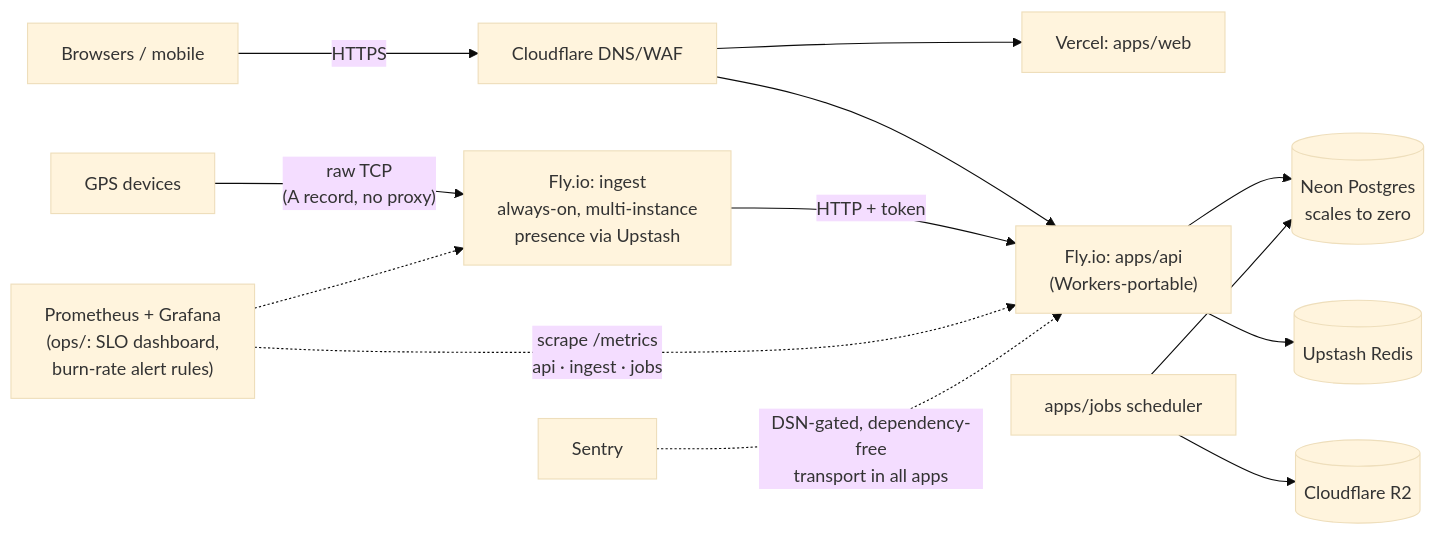
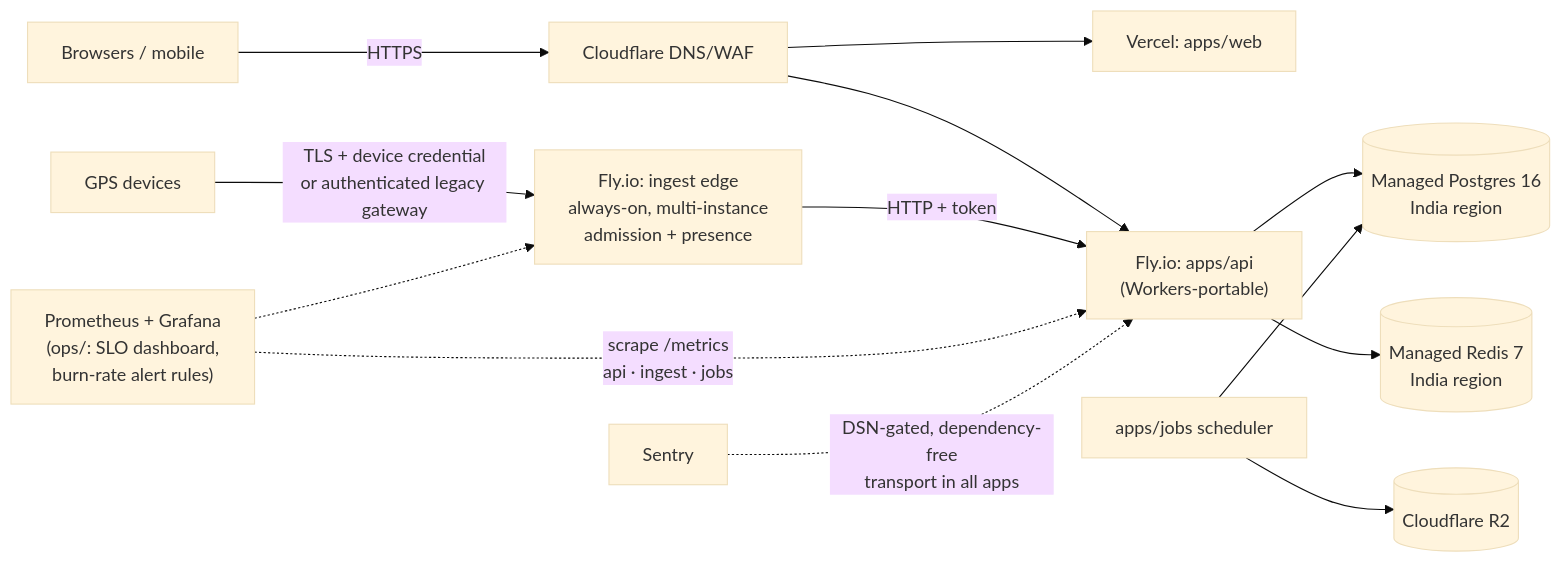
One commit to vins13pattar/trackflow-open-source changed the fourth of 4 diagrams in docs/ARCHITECTURE.md. Above: the diagram before and after it, drawn with Mermaid (base theme). The commit also changed other lines of this file and 101 other files, not shown here.

````diff
--- a/docs/ARCHITECTURE.md
+++ b/docs/ARCHITECTURE.md
@@ -126,15 +130,15 @@
 ```mermaid
 flowchart LR
-  DEV["GPS devices"] -- "raw TCP<br/>(A record, no proxy)" --> FLYI["Fly.io: ingest<br/>always-on, multi-instance<br/>presence via Upstash"]
+  DEV["GPS devices"] -- "TLS + device credential<br/>or authenticated legacy gateway" --> FLYI["Fly.io: ingest edge<br/>always-on, multi-instance<br/>admission + presence"]
   USERS["Browsers / mobile"] -- HTTPS --> CF["Cloudflare DNS/WAF"]
   CF --> VERCEL["Vercel: apps/web"]
   CF --> FLYA["Fly.io: apps/api<br/>(Workers-portable)"]
   FLYI -- "HTTP + token" --> FLYA
-  FLYA --> NEON[("Neon Postgres<br/>scales to zero")]
-  FLYA --> UP[("Upstash Redis")]
-  CRON["apps/jobs scheduler"] --> NEON
+  FLYA --> PGPROD[("Managed Postgres 16<br/>India region")]
+  FLYA --> REDISPROD[("Managed Redis 7<br/>India region")]
+  CRON["apps/jobs scheduler"] --> PGPROD
   CRON --> R2b[("Cloudflare R2")]
   PROM["Prometheus + Grafana<br/>(ops/: SLO dashboard,<br/>burn-rate alert rules)"] -. "scrape /metrics<br/>api · ingest · jobs" .-> FLYA
   PROM -.-> FLYI
   SENTRY["Sentry"] -. "DSN-gated, dependency-free<br/>transport in all apps" .-> FLYA
 ```
````
